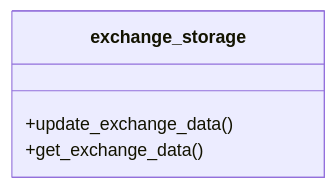
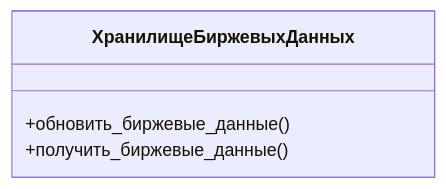
One commit to Marat22/MiriadRobotDocs changed the eighth of 11 diagrams in controller-logic.md. Above: the diagram before and after it, drawn with Mermaid. The commit also changed other lines of this file, not shown here.

````diff
--- a/controller-logic.md
+++ b/controller-logic.md
@@ -176,7 +187,7 @@
 ```mermaid
 classDiagram
-  class exchange_storage{
-    +update_exchange_data()
-    +get_exchange_data()
+  class ХранилищеБиржевыхДанных{
+    +обновить_биржевые_данные()
+    +получить_биржевые_данные()
   }
 ```
````
